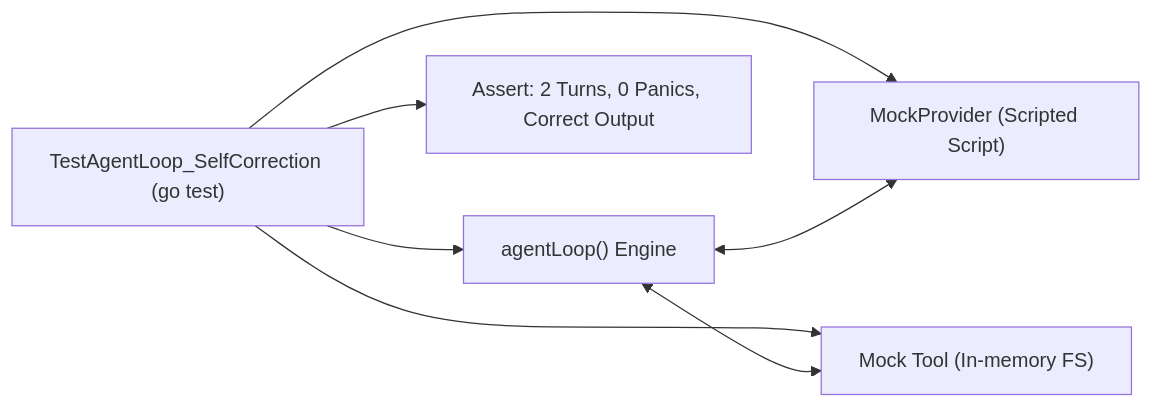
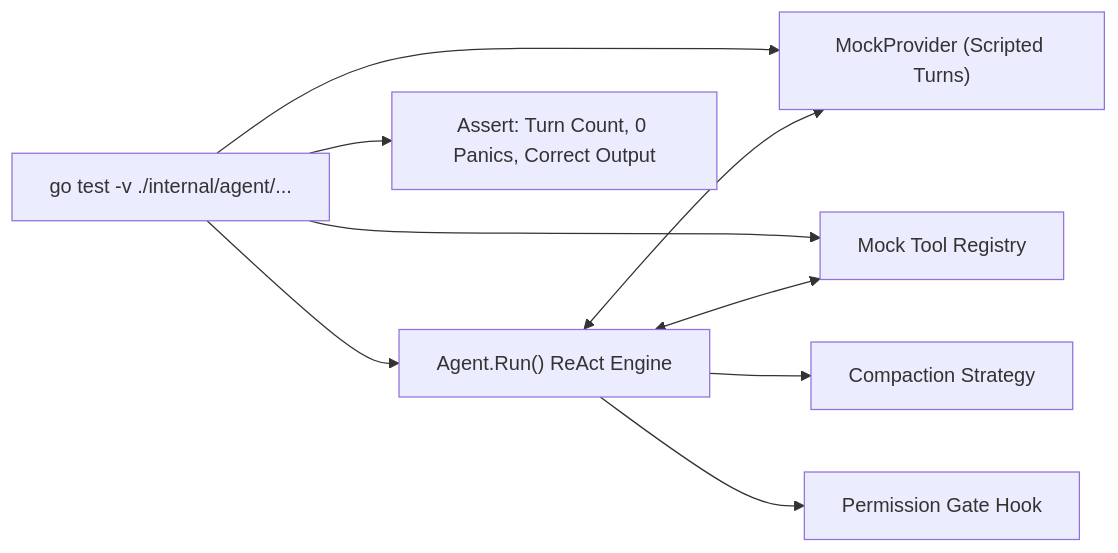
The diagram in docs/steps/13-harness-testing.md (AntonioHellin/phi-code-agent), drawn with Mermaid before and after one commit. The commit also changed other lines of this file and 3 other files, not shown here.

First line of the commit message:
step/13-harness-testing: test: implement comprehensive agent loop tests and opt-in e2e smoke test

````diff
--- a/docs/steps/13-harness-testing.md
+++ b/docs/steps/13-harness-testing.md
@@ -9,9 +9,11 @@
 ```mermaid
 flowchart LR
-    Test["TestAgentLoop_SelfCorrection (go test)"] --> MockLLM["MockProvider (Scripted Script)"]
-    Test --> InMemFS["Mock Tool (In-memory FS)"]
-    Test --> AgentLoop["agentLoop() Engine"]
+    Test["go test -v ./internal/agent/..."] --> MockLLM["MockProvider (Scripted Turns)"]
+    Test --> MockTools["Mock Tool Registry"]
+    Test --> AgentLoop["Agent.Run() ReAct Engine"]
     AgentLoop <--> MockLLM
-    AgentLoop <--> InMemFS
-    Test --> Assert["Assert: 2 Turns, 0 Panics, Correct Output"]
+    AgentLoop <--> MockTools
+    AgentLoop --> Compactor["Compaction Strategy"]
+    AgentLoop --> Gate["Permission Gate Hook"]
+    Test --> Assert["Assert: Turn Count, 0 Panics, Correct Output"]
 ```
````
